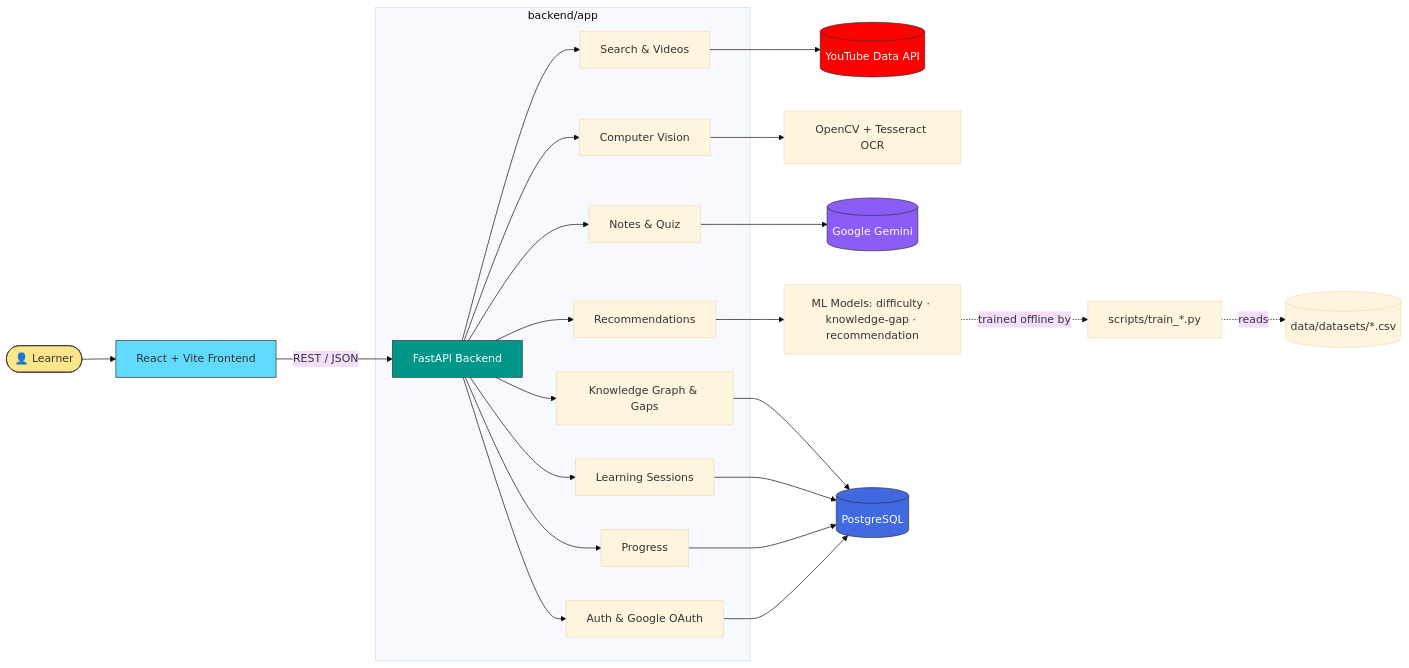
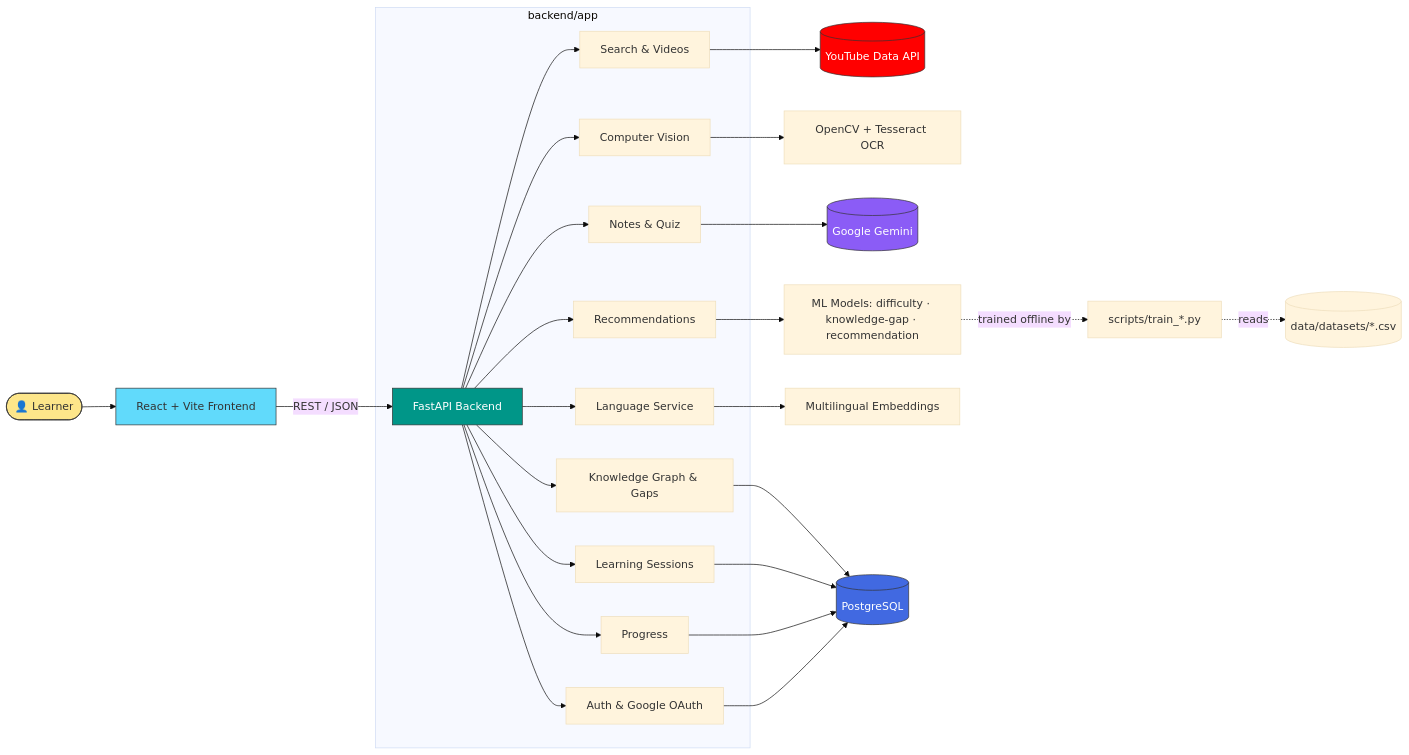
One commit to ankanmaity842-prog/learnix changed the first of 2 diagrams in README.md. Above: the diagram before and after it, drawn with Mermaid (base theme). The commit also changed other lines of this file, not shown here.

````diff
--- a/README.md
+++ b/README.md
@@ -87,35 +165,37 @@
 ```mermaid
 flowchart LR
     U([👤 Learner]) --> FE[React + Vite Frontend]
     FE -- REST / JSON --> API[FastAPI Backend]
 
     subgraph Backend["backend/app"]
         API --> AUTH[Auth & Google OAuth]
         API --> SEARCH[Search & Videos]
         API --> LEARN[Learning Sessions]
         API --> REC[Recommendations]
         API --> KG[Knowledge Graph & Gaps]
         API --> NOTES[Notes & Quiz]
         API --> VISION[Computer Vision]
         API --> PROG[Progress]
+        API --> LANG[Language Service]
     end
 
     SEARCH --> YT[(YouTube Data API)]
     VISION --> CV[OpenCV + Tesseract OCR]
     NOTES --> GEMINI[(Google Gemini)]
     REC --> ML[ML Models: difficulty · knowledge-gap · recommendation]
+    LANG --> EMBED[Multilingual Embeddings]
     KG --> DB[(PostgreSQL)]
     LEARN --> DB
     PROG --> DB
     AUTH --> DB
 
     ML -. trained offline by .-> SCRIPTS[scripts/train_*.py]
     SCRIPTS -. reads .-> DATA[(data/datasets/*.csv)]
 
     style U fill:#FDE68A,stroke:#333
     style FE fill:#61DAFB,stroke:#333
     style API fill:#009688,color:#fff,stroke:#333
     style DB fill:#4169E1,color:#fff,stroke:#333
     style GEMINI fill:#8B5CF6,color:#fff,stroke:#333
     style YT fill:#FF0000,color:#fff,stroke:#333
 ```
````
